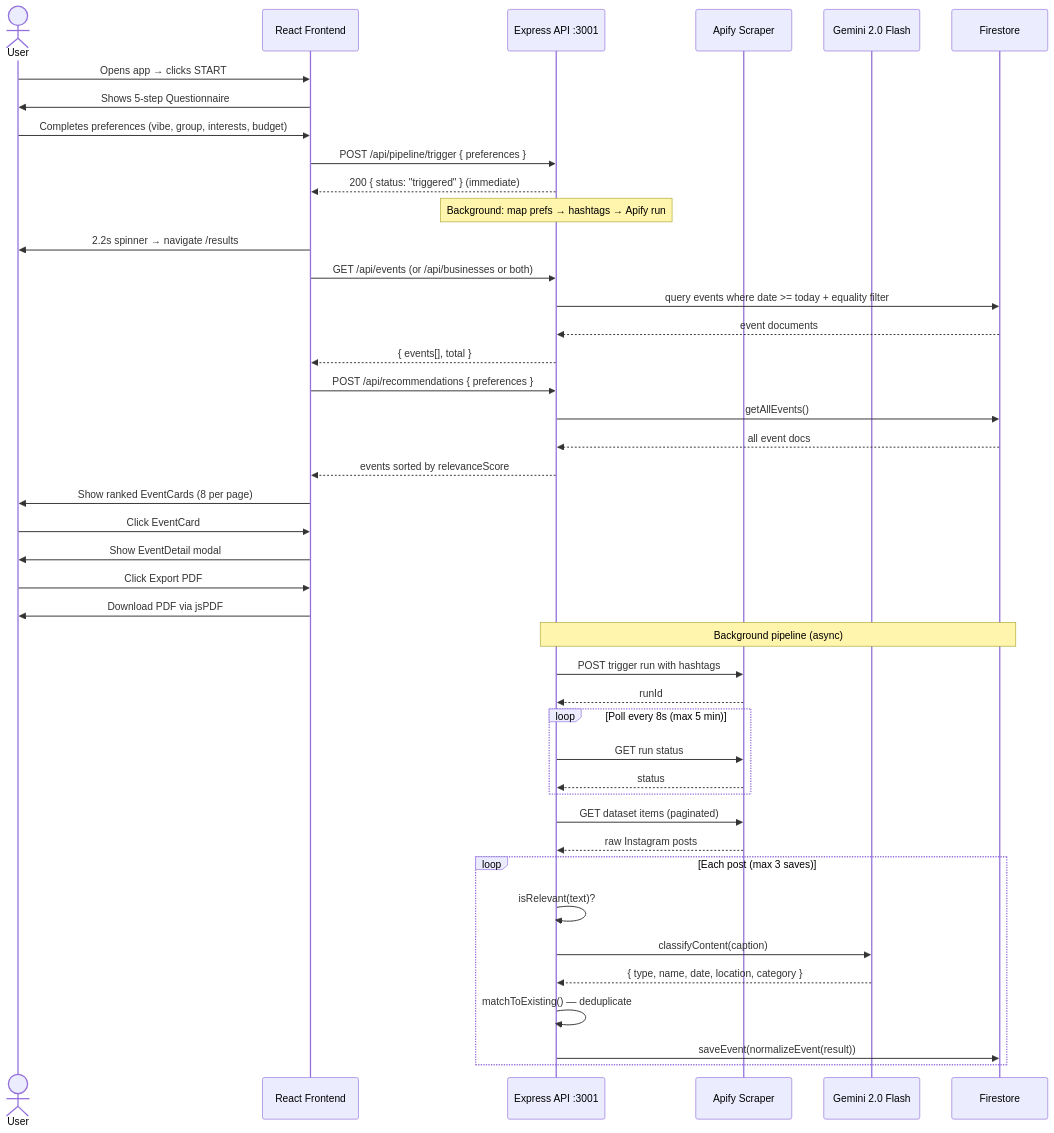
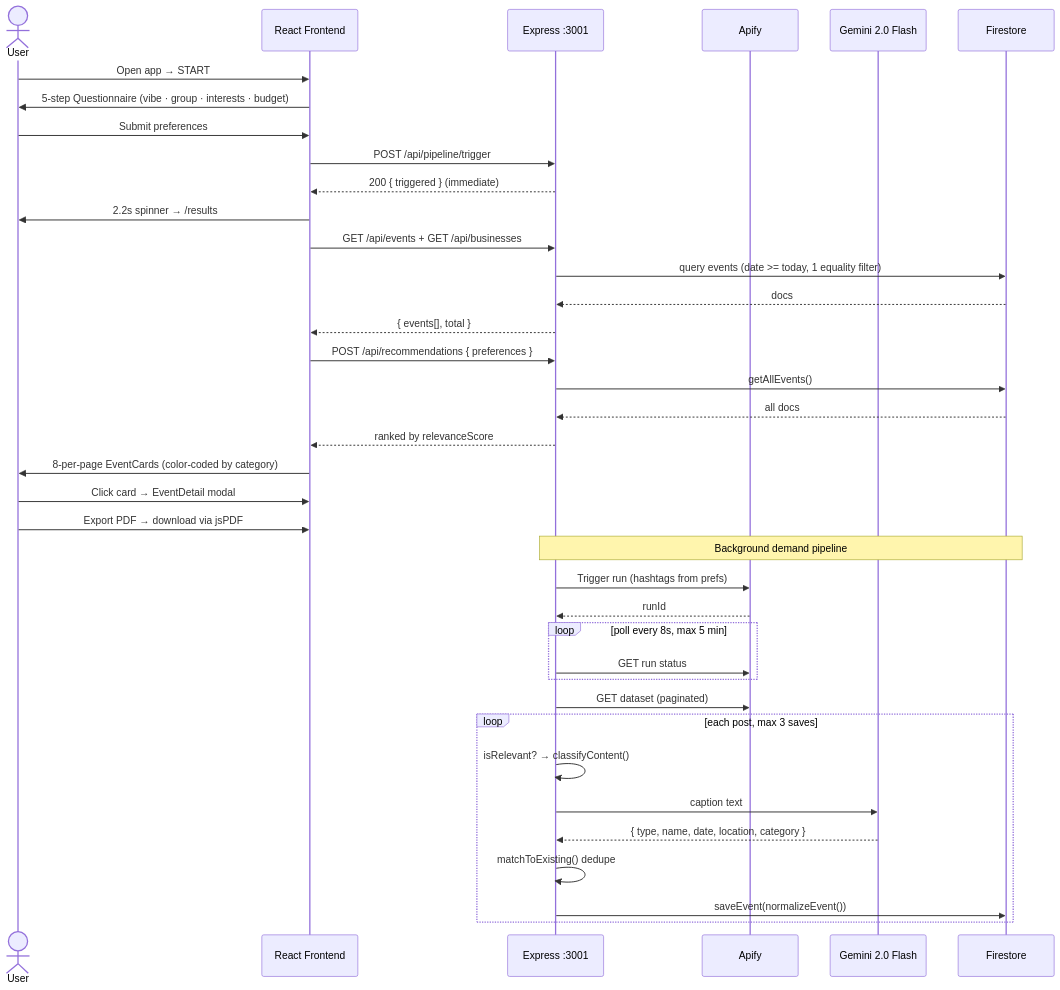
Before and after one commit to YuChan707/GDG-CityTech-SolutionChallenger-2026: the second of 5 diagrams in PROJECT.md, drawn with Mermaid. The commit also changed other lines of this file, not shown here.

````diff
--- a/PROJECT.md
+++ b/PROJECT.md
@@ -235,54 +259,47 @@
 ```mermaid
 sequenceDiagram
     actor User
     participant FE as React Frontend
-    participant BE as Express API :3001
-    participant Apify as Apify Scraper
+    participant BE as Express :3001
+    participant Apify as Apify
     participant Gemini as Gemini 2.0 Flash
     participant FS as Firestore
 
-    User->>FE: Opens app → clicks START
-    FE->>User: Shows 5-step Questionnaire
+    User->>FE: Open app → START
+    FE->>User: 5-step Questionnaire (vibe · group · interests · budget)
 
-    User->>FE: Completes preferences (vibe, group, interests, budget)
-    FE->>BE: POST /api/pipeline/trigger { preferences }
-    BE-->>FE: 200 { status: "triggered" } (immediate)
-    Note over BE: Background: map prefs → hashtags → Apify run
+    User->>FE: Submit preferences
+    FE->>BE: POST /api/pipeline/trigger
+    BE-->>FE: 200 { triggered } (immediate)
 
-    FE->>User: 2.2s spinner → navigate /results
+    FE->>User: 2.2s spinner → /results
 
-    FE->>BE: GET /api/events (or /api/businesses or both)
-    BE->>FS: query events where date >= today + equality filter
-    FS-->>BE: event documents
+    FE->>BE: GET /api/events  +  GET /api/businesses
+    BE->>FS: query events (date >= today, 1 equality filter)
+    FS-->>BE: docs
     BE-->>FE: { events[], total }
 
     FE->>BE: POST /api/recommendations { preferences }
     BE->>FS: getAllEvents()
-    FS-->>BE: all event docs
-    BE-->>FE: events sorted by relevanceScore
+    FS-->>BE: all docs
+    BE-->>FE: ranked by relevanceScore
 
-    FE->>User: Show ranked EventCards (8 per page)
+    FE->>User: 8-per-page EventCards (color-coded by category)
+    User->>FE: Click card → EventDetail modal
+    User->>FE: Export PDF → download via jsPDF
 
-    User->>FE: Click EventCard
-    FE->>User: Show EventDetail modal
-
-    User->>FE: Click Export PDF
-    FE->>User: Download PDF via jsPDF
-
-    Note over BE,FS: Background pipeline (async)
-    BE->>Apify: POST trigger run with hashtags
+    Note over BE,FS: Background demand pipeline
+    BE->>Apify: Trigger run (hashtags from prefs)
     Apify-->>BE: runId
-    loop Poll every 8s (max 5 min)
+    loop poll every 8s, max 5 min
         BE->>Apify: GET run status
-        Apify-->>BE: status
     end
-    BE->>Apify: GET dataset items (paginated)
-    Apify-->>BE: raw Instagram posts
-    loop Each post (max 3 saves)
-        BE->>BE: isRelevant(text)?
-        BE->>Gemini: classifyContent(caption)
+    BE->>Apify: GET dataset (paginated)
+    loop each post, max 3 saves
+        BE->>BE: isRelevant? → classifyContent()
+        BE->>Gemini: caption text
         Gemini-->>BE: { type, name, date, location, category }
-        BE->>BE: matchToExisting() — deduplicate
-        BE->>FS: saveEvent(normalizeEvent(result))
+        BE->>BE: matchToExisting() dedupe
+        BE->>FS: saveEvent(normalizeEvent())
     end
 ```
````
